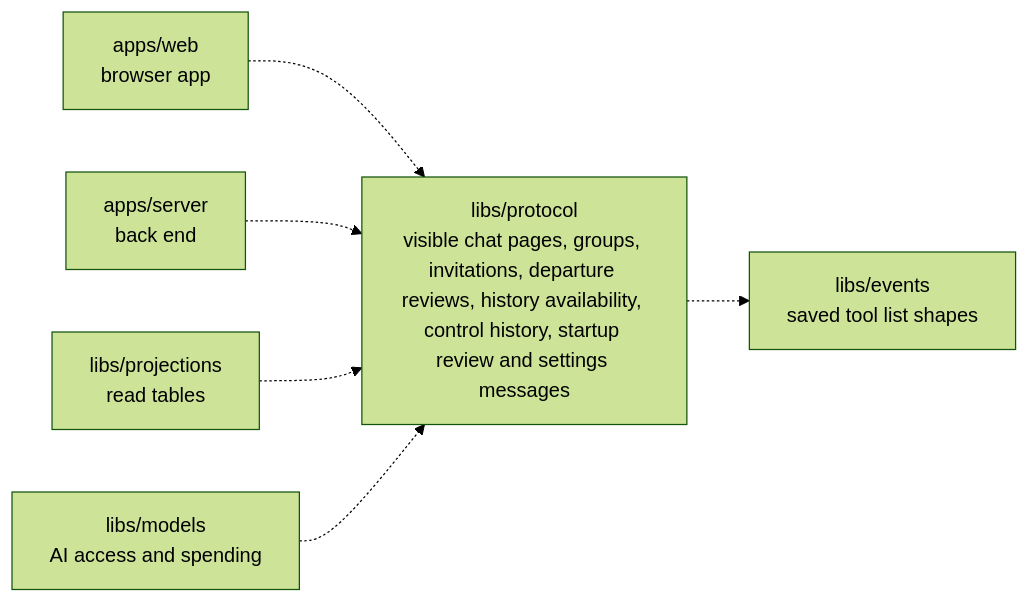
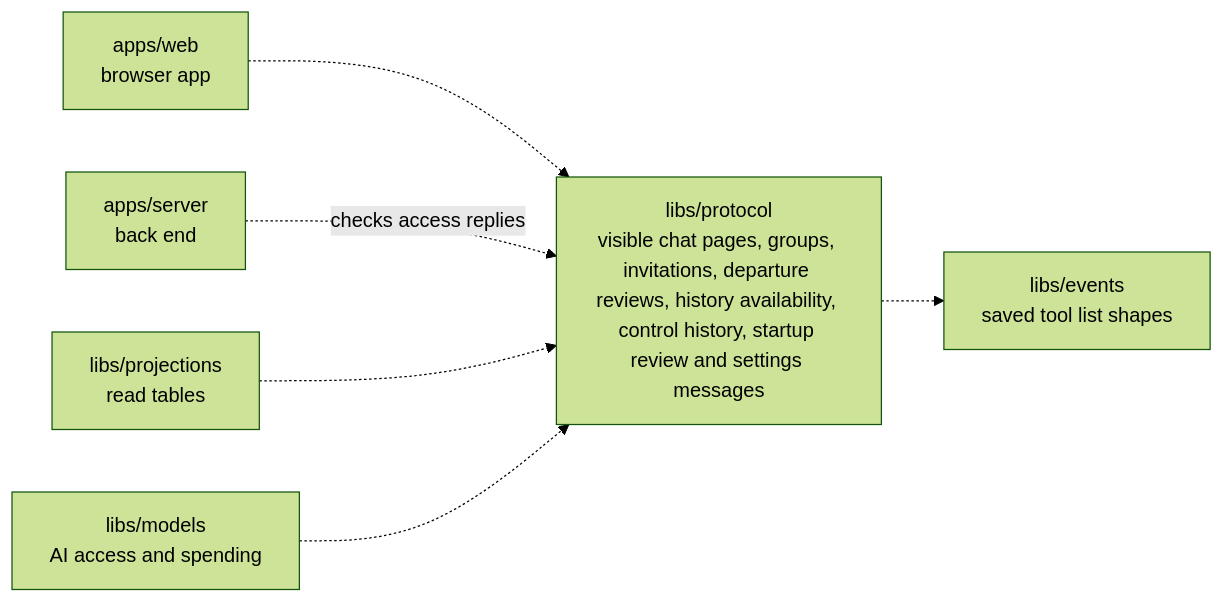
Before and after one commit to elewa-git/opencrane-new: the diagram in libs/protocol/README.md, drawn with Mermaid (forest theme). The commit also changed other lines of this file and 10 other files, not shown here.

````diff
--- a/libs/protocol/README.md
+++ b/libs/protocol/README.md
@@ -11,8 +11,8 @@
 ```mermaid
 flowchart LR
   web["apps/web<br/>browser app"] -.-> protocol["libs/protocol<br/>visible chat pages, groups, invitations, departure reviews, history availability, control history, startup review and settings messages"]
-  server["apps/server<br/>back end"] -.-> protocol
+  server["apps/server<br/>back end"] -.->|checks access replies| protocol
   projections["libs/projections<br/>read tables"] -.-> protocol
   models["libs/models<br/>AI access and spending"] -.-> protocol
   protocol -.-> events["libs/events<br/>saved tool list shapes"]
 ```
````
